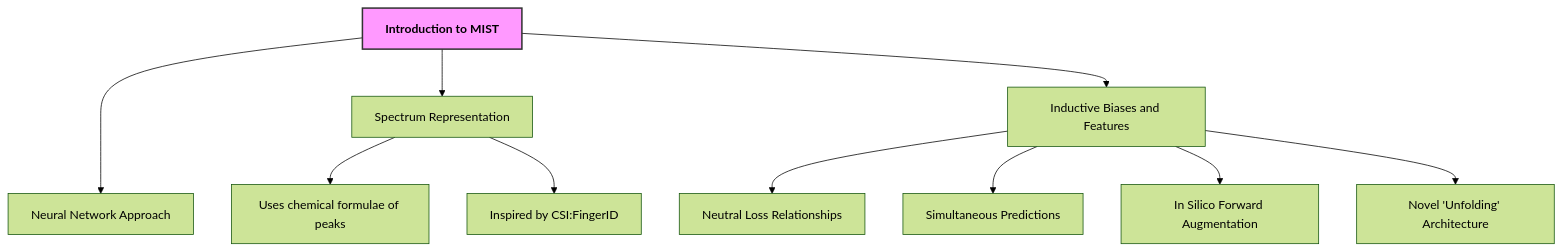
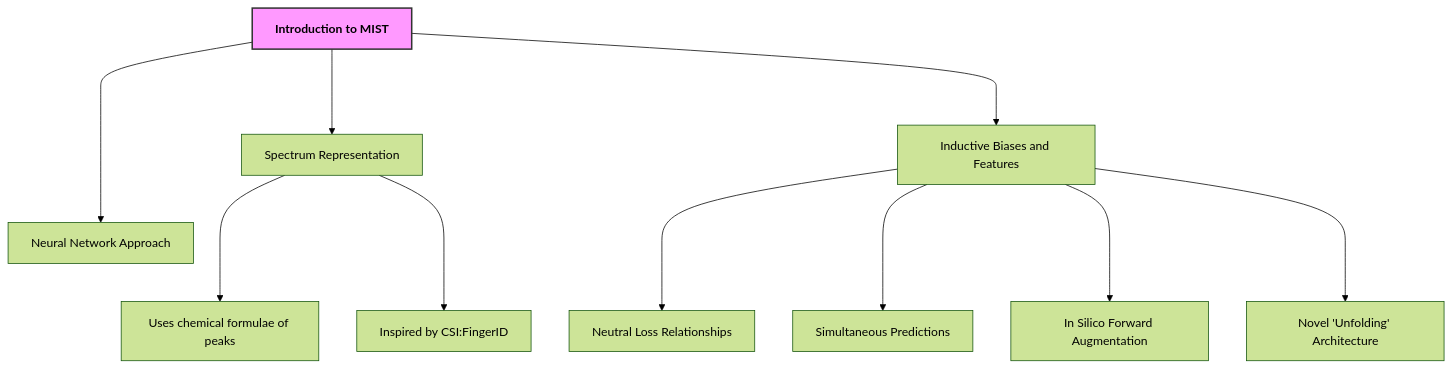
One commit to lamalab-org/toolminutes changed the diagram in papers/Metabolite_MS_Transformer/annotating-metabolite-mass-spectra-with-domain-inspired-chemical-formula-transformers.md. Above: the diagram before and after it, drawn with Mermaid (forest theme).

Commit message:
flowchart

````diff
--- a/papers/Metabolite_MS_Transformer/annotating-metabolite-mass-spectra-with-domain-inspired-chemical-formula-transformers.md
+++ b/papers/Metabolite_MS_Transformer/annotating-metabolite-mass-spectra-with-domain-inspired-chemical-formula-transformers.md
@@ -6,17 +6,17 @@
 ```mermaid
 graph TD;
     
     
     style Introduction_MIST fill:#f9f,stroke:#333,stroke-width:2px;
   
-  Introduction_MIST["<strong>Introduction to MIST</strong>"] ---> Neural_Network_Approach["Neural Network Approach"];
-    Introduction_MIST --> Spectrum_Representation["Spectrum Representation"];
-    Introduction_MIST --> Inductive_Biases_and_Features["Inductive Biases and Features"];
-    Inductive_Biases_and_Features --> Neutral_Loss_Relationships["Neutral Loss Relationships"];
-    Inductive_Biases_and_Features --> Simultaneous_Predictions["Simultaneous Predictions"];
-    Inductive_Biases_and_Features --> In_Silico_Forward_Augmentation["In Silico Forward Augmentation"];
-    Inductive_Biases_and_Features --> Novel_Unfolding_Architecture["Novel 'Unfolding' Architecture"];
-    Spectrum_Representation --> Chemical_Formulae_of_Peaks["Uses chemical formulae of peaks"];
-    Spectrum_Representation --> Inspired_by_CSI_FingerID["Inspired by CSI:FingerID"];
+  Introduction_MIST["<strong>Introduction to MIST</strong>"] ----> Neural_Network_Approach["Neural Network Approach"];
+    Introduction_MIST ---> Spectrum_Representation["Spectrum Representation"];
+    Introduction_MIST ---> Inductive_Biases_and_Features["Inductive Biases and Features"];
+    Inductive_Biases_and_Features ---> Neutral_Loss_Relationships["Neutral Loss Relationships"];
+    Inductive_Biases_and_Features ---> Simultaneous_Predictions["Simultaneous Predictions"];
+    Inductive_Biases_and_Features ---> In_Silico_Forward_Augmentation["In Silico Forward Augmentation"];
+    Inductive_Biases_and_Features ---> Novel_Unfolding_Architecture["Novel 'Unfolding' Architecture"];
+    Spectrum_Representation ---> Chemical_Formulae_of_Peaks["Uses chemical formulae of peaks"];
+    Spectrum_Representation ---> Inspired_by_CSI_FingerID["Inspired by CSI:FingerID"];
 
 ```
````
